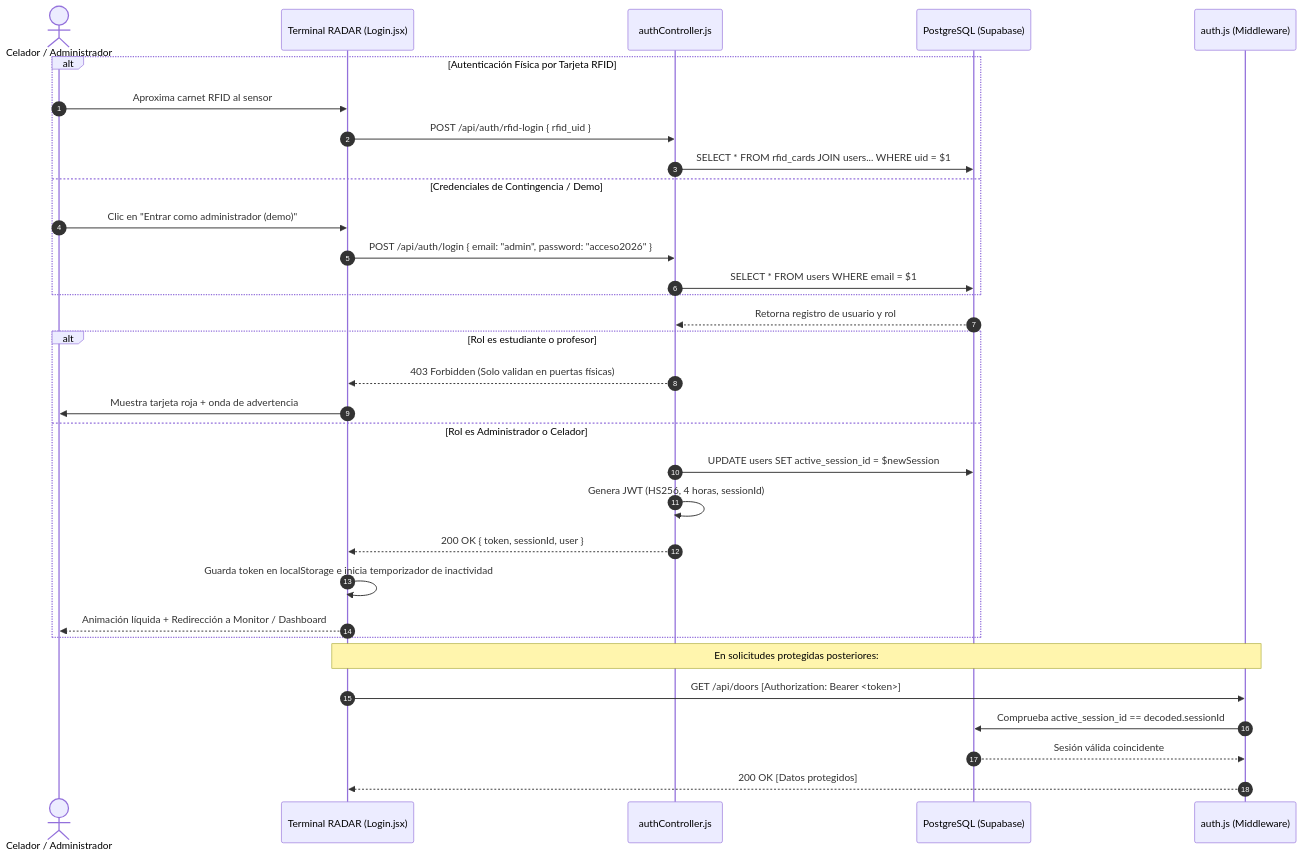
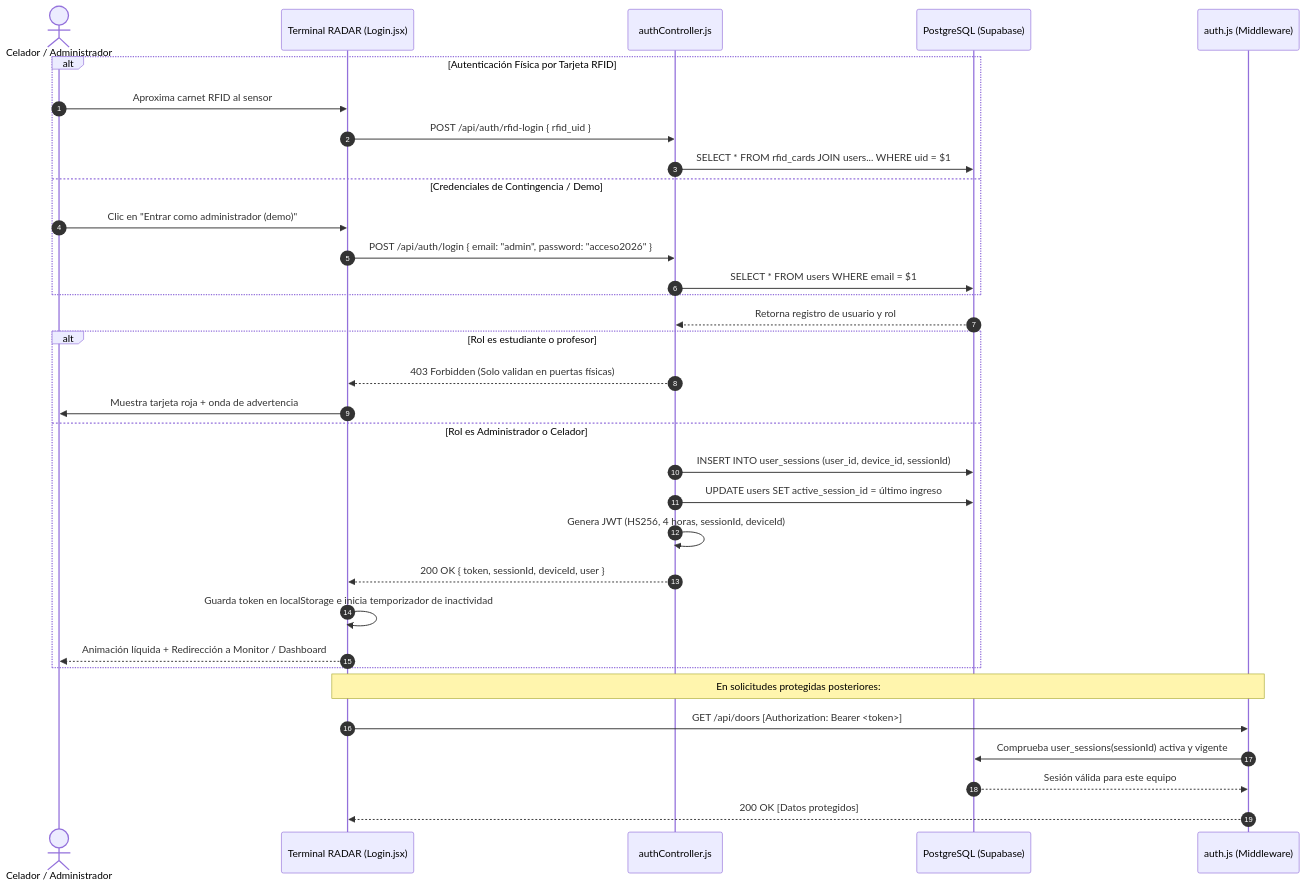
One commit to VoctorMCL/RFID changed the diagram in docs/AUTH.md. Above: the diagram before and after it, drawn with Mermaid. The commit also changed other lines of this file and 17 other files, not shown here.

````diff
--- a/docs/AUTH.md
+++ b/docs/AUTH.md
@@ -97,38 +99,39 @@
 ```mermaid
 sequenceDiagram
     autonumber
     actor User as Celador / Administrador
     participant Web as Terminal RADAR (Login.jsx)
     participant AuthCtrl as authController.js
     participant DB as PostgreSQL (Supabase)
     participant Middleware as auth.js (Middleware)
 
     alt Autenticación Física por Tarjeta RFID
         User->>Web: Aproxima carnet RFID al sensor
         Web->>AuthCtrl: POST /api/auth/rfid-login { rfid_uid }
         AuthCtrl->>DB: SELECT * FROM rfid_cards JOIN users... WHERE uid = $1
     else Credenciales de Contingencia / Demo
         User->>Web: Clic en "Entrar como administrador (demo)"
         Web->>AuthCtrl: POST /api/auth/login { email: "admin", password: "acceso2026" }
         AuthCtrl->>DB: SELECT * FROM users WHERE email = $1
     end
 
     DB-->>AuthCtrl: Retorna registro de usuario y rol
 
     alt Rol es estudiante o profesor
         AuthCtrl-->>Web: 403 Forbidden (Solo validan en puertas físicas)
         Web->>User: Muestra tarjeta roja + onda de advertencia
     else Rol es Administrador o Celador
-        AuthCtrl->>DB: UPDATE users SET active_session_id = $newSession
-        AuthCtrl->>AuthCtrl: Genera JWT (HS256, 4 horas, sessionId)
-        AuthCtrl-->>Web: 200 OK { token, sessionId, user }
+        AuthCtrl->>DB: INSERT INTO user_sessions (user_id, device_id, sessionId)
+        AuthCtrl->>DB: UPDATE users SET active_session_id = último ingreso
+        AuthCtrl->>AuthCtrl: Genera JWT (HS256, 4 horas, sessionId, deviceId)
+        AuthCtrl-->>Web: 200 OK { token, sessionId, deviceId, user }
         Web->>Web: Guarda token en localStorage e inicia temporizador de inactividad
         Web-->>User: Animación líquida + Redirección a Monitor / Dashboard
     end
 
     Note over Web,Middleware: En solicitudes protegidas posteriores:
     Web->>Middleware: GET /api/doors [Authorization: Bearer <token>]
-    Middleware->>DB: Comprueba active_session_id == decoded.sessionId
-    DB-->>Middleware: Sesión válida coincidente
+    Middleware->>DB: Comprueba user_sessions(sessionId) activa y vigente
+    DB-->>Middleware: Sesión válida para este equipo
     Middleware-->>Web: 200 OK [Datos protegidos]
 ```
````
